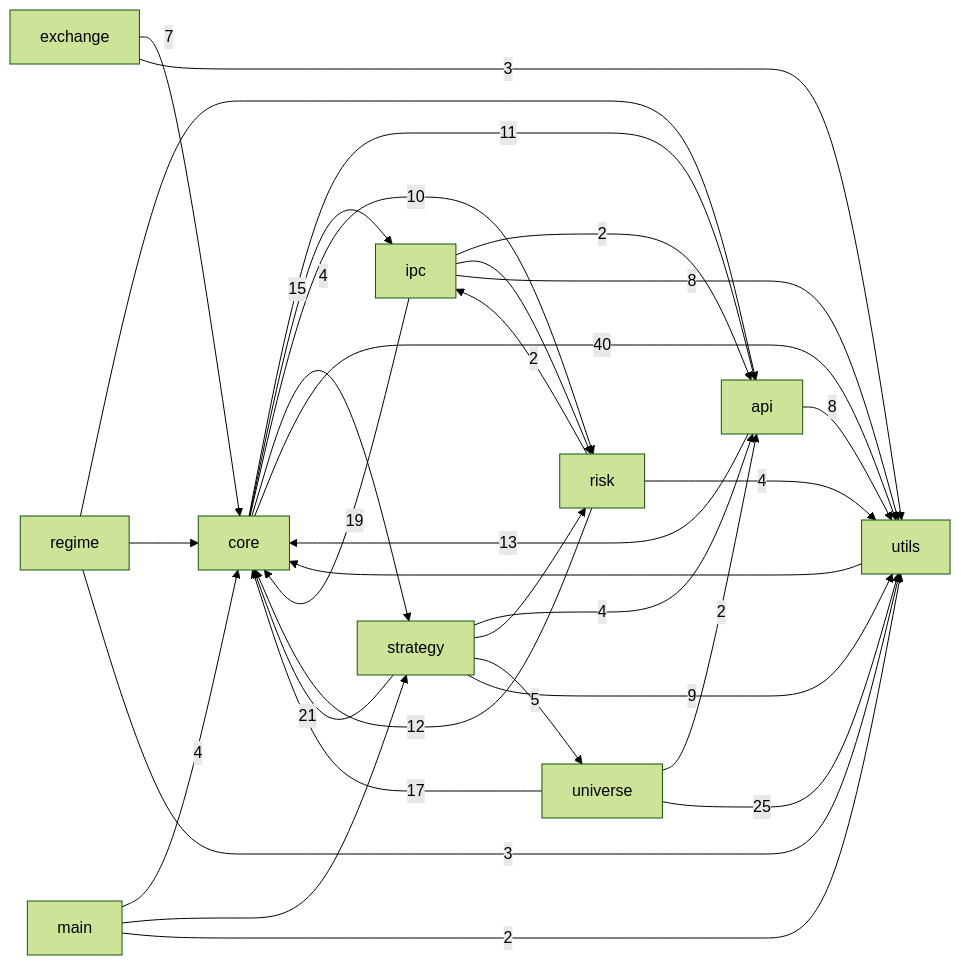
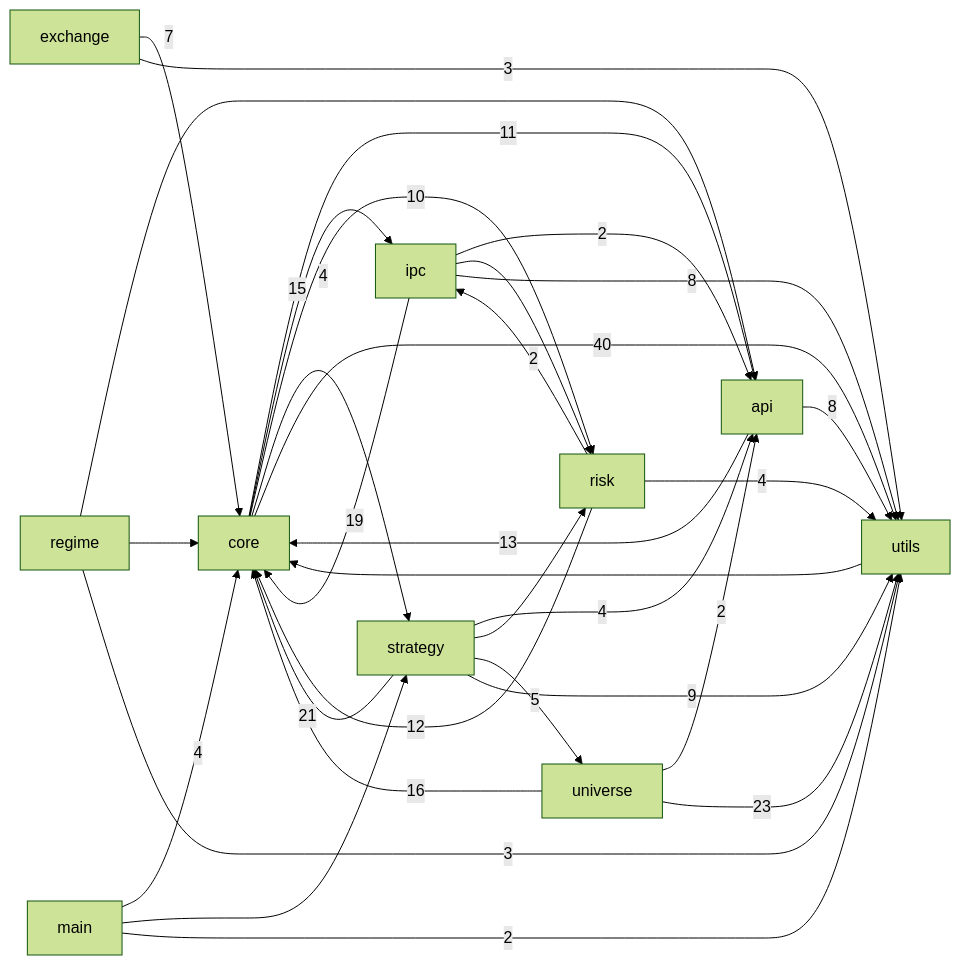
Before and after one commit to pypy8171/Quant: the first of 3 diagrams in docs/CODE_GRAPH.md, drawn with Mermaid (forest theme). The commit also changed other lines of this file and 27 other files, not shown here.

````diff
--- a/docs/CODE_GRAPH.md
+++ b/docs/CODE_GRAPH.md
@@ -10,44 +10,44 @@
 ```mermaid
 graph LR
   main[main]
   core[core]
   strategy[strategy]
   api[api]
   universe[universe]
   risk[risk]
   ipc[ipc]
   utils[utils]
   exchange[exchange]
   regime[regime]
   api -->|13| core
   api -->|8| utils
   core -->|11| api
   core -->|15| ipc
   core -->|10| risk
   core -->|4| strategy
   core -->|40| utils
   exchange -->|7| core
   exchange -->|3| utils
   ipc -->|2| api
   ipc -->|19| core
   ipc --> risk
   ipc -->|8| utils
   main -->|4| core
   main --> strategy
   main -->|2| utils
   regime --> api
   regime --> core
   regime -->|3| utils
   risk -->|12| core
   risk -->|2| ipc
   risk -->|4| utils
   strategy -->|4| api
   strategy -->|21| core
   strategy --> risk
   strategy -->|5| universe
   strategy -->|9| utils
   universe -->|2| api
-  universe -->|17| core
-  universe -->|25| utils
+  universe -->|16| core
+  universe -->|23| utils
   utils --> core
 ```
````
